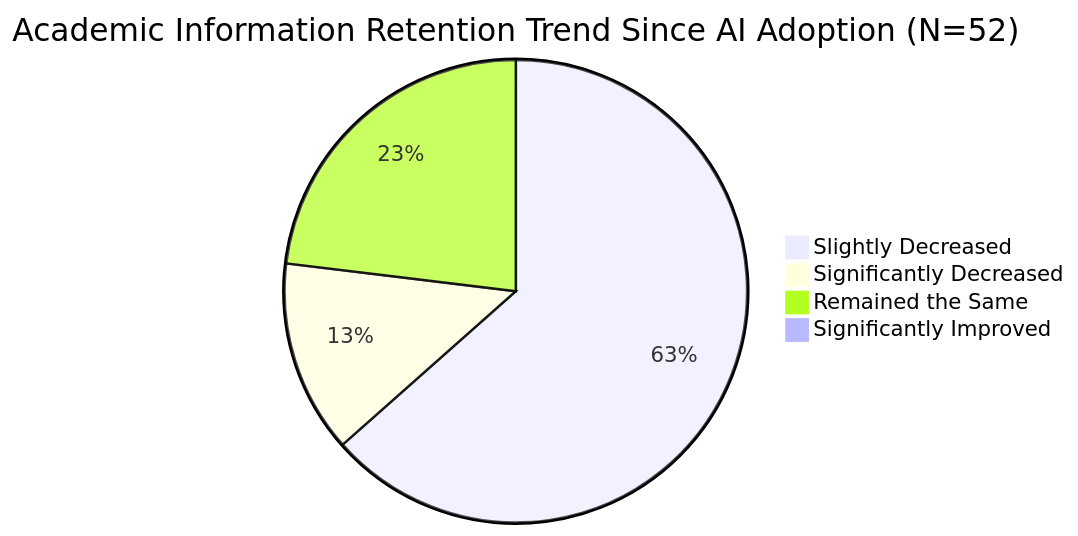
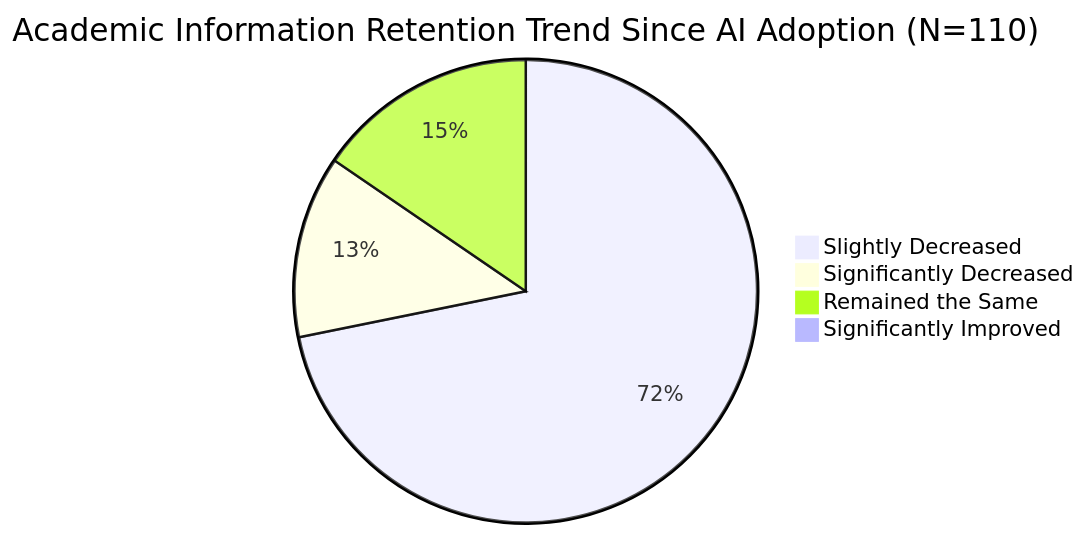
One commit to LuckyBunny1518/Technical-Writing changed the first of 2 diagrams in survey_analysis_report.md. Above: the diagram before and after it, drawn with Mermaid. The commit also changed other lines of this file and 9 other files, not shown here.

````diff
--- a/survey_analysis_report.md
+++ b/survey_analysis_report.md
@@ -61,7 +61,7 @@
 ```mermaid
-pie title Academic Information Retention Trend Since AI Adoption (N=52)
-    "Slightly Decreased" : 33
-    "Significantly Decreased" : 7
-    "Remained the Same" : 12
+pie title Academic Information Retention Trend Since AI Adoption (N=110)
+    "Slightly Decreased" : 79
+    "Significantly Decreased" : 14
+    "Remained the Same" : 17
     "Significantly Improved" : 0
 ```
````
